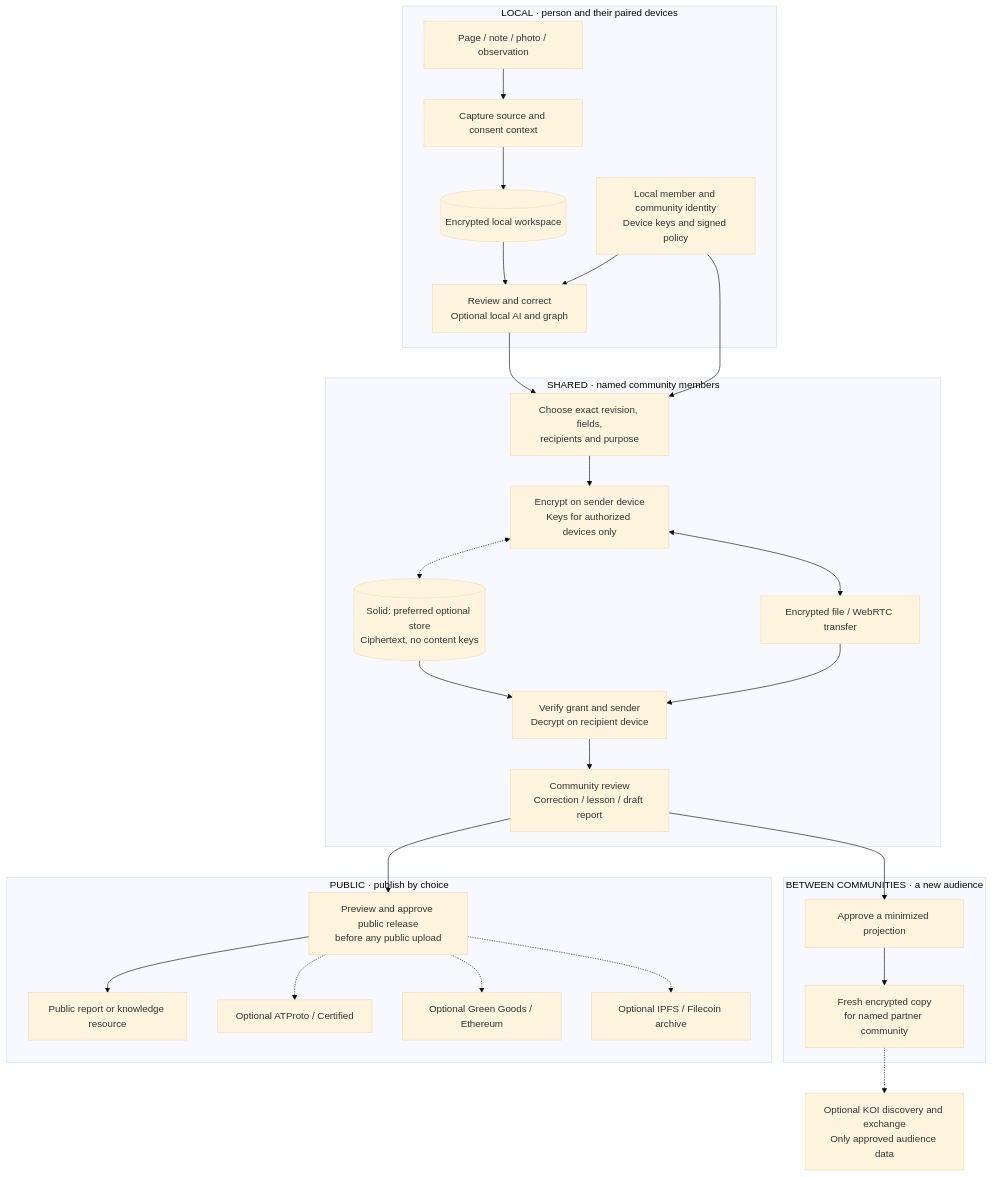
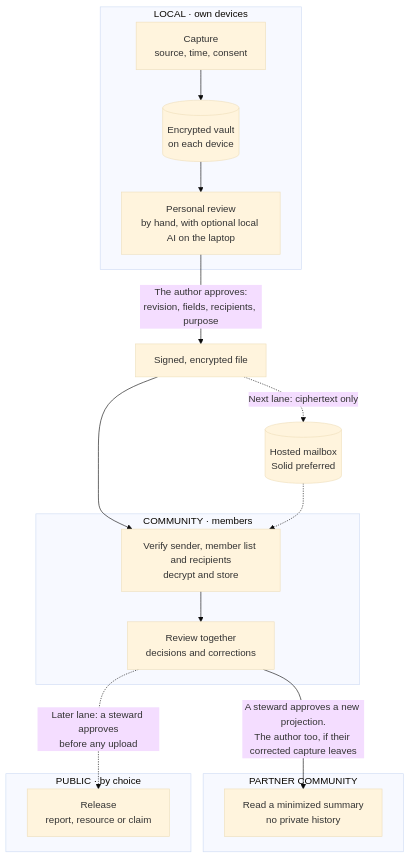
The first of 13 diagrams in .plans/ideas/grove/architecture-flows.md (greenpill-dev-guild/green-goods), drawn with Mermaid (base theme) before and after one commit. The commit also changed other lines of this file and 23 other files, not shown here.

````diff
--- a/.plans/ideas/grove/architecture-flows.md
+++ b/.plans/ideas/grove/architecture-flows.md
@@ -7,31 +7,22 @@
 ```mermaid
 flowchart TB
-  subgraph PRIVATE["LOCAL · person and their paired devices"]
-    Input["Page / note / photo / observation"] --> Capture["Capture source and consent context"]
-    Capture --> Vault[("Encrypted local workspace")]
-    Vault --> Review["Review and correct<br/>Optional local AI and graph"]
-    Identity["Local member and community identity<br/>Device keys and signed policy"] --> Review
+  subgraph LOCAL["LOCAL · own devices"]
+    Cap["Capture<br/>source, time, consent"] --> Vault[("Encrypted vault<br/>on each device")]
+    Vault --> PRev["Personal review<br/>by hand, with optional local AI on the laptop"]
   end
-  subgraph COMMUNITY["SHARED · named community members"]
-    Gate["Choose exact revision, fields,<br/>recipients and purpose"] --> E2EE["Encrypt on sender device<br/>Keys for authorized devices only"]
-    E2EE <-.-> Pod[("Solid: preferred optional store<br/>Ciphertext, no content keys")]
-    E2EE <--> Direct["Encrypted file / WebRTC transfer"]
-    Pod --> Receive["Verify grant and sender<br/>Decrypt on recipient device"]
-    Direct --> Receive
-    Receive --> Together["Community review<br/>Correction / lesson / draft report"]
+  subgraph COMMUNITY["COMMUNITY · members"]
+    Recv["Verify sender, member list and recipients<br/>decrypt and store"] --> CRev["Review together<br/>decisions and corrections"]
   end
-  subgraph CROSS["BETWEEN COMMUNITIES · a new audience"]
-    Select["Approve a minimized projection"] --> Other["Fresh encrypted copy<br/>for named partner community"]
+  subgraph PARTNER["PARTNER COMMUNITY"]
+    PSum["Read a minimized summary<br/>no private history"]
   end
-  subgraph COMMONS["PUBLIC · publish by choice"]
-    Release["Preview and approve public release<br/>before any public upload"] --> Public["Public report or knowledge resource"]
-    Release -.-> AT["Optional ATProto / Certified"]
-    Release -.-> ETH["Optional Green Goods / Ethereum"]
-    Release -.-> Archive["Optional IPFS / Filecoin archive"]
+  subgraph PUBLIC["PUBLIC · by choice"]
+    Rel["Release<br/>report, resource or claim"]
   end
-  Review --> Gate
-  Identity --> Gate
-  Together --> Select
-  Together --> Release
-  Other -.-> KOI["Optional KOI discovery and exchange<br/>Only approved audience data"]
+  PRev -->|"The author approves:<br/>revision, fields, recipients, purpose"| File["Signed, encrypted file"]
+  File --> Recv
+  File -.->|"Next lane: ciphertext only"| Box[("Hosted mailbox<br/>Solid preferred")]
+  Box -.-> Recv
+  CRev -->|"A steward approves a new projection.<br/>The author too, if their corrected capture leaves"| PSum
+  CRev -.->|"Later lane: a steward approves<br/>before any upload"| Rel
 ```
````
